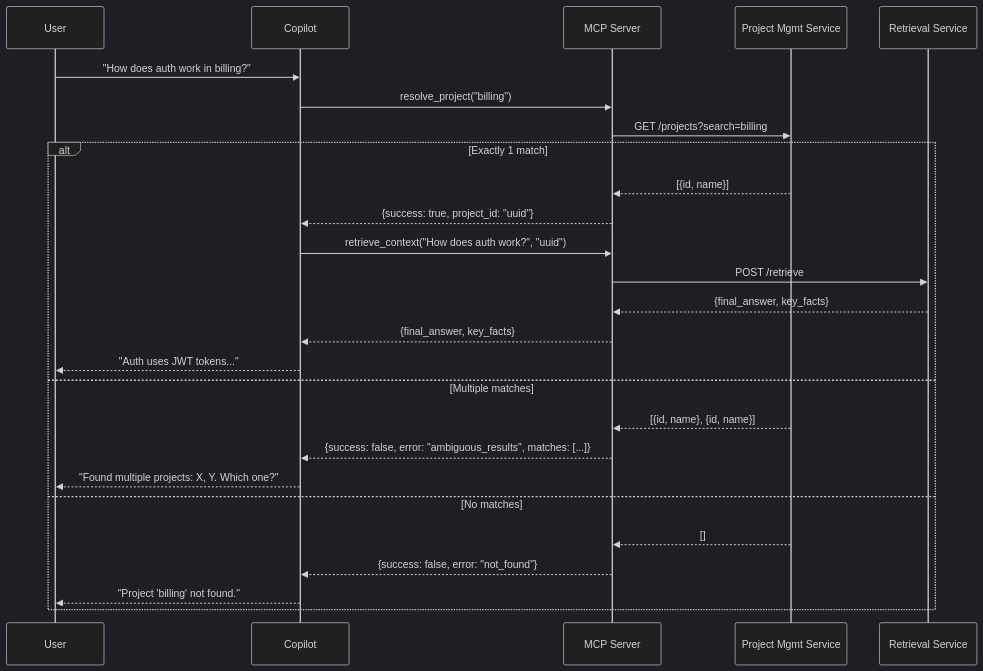
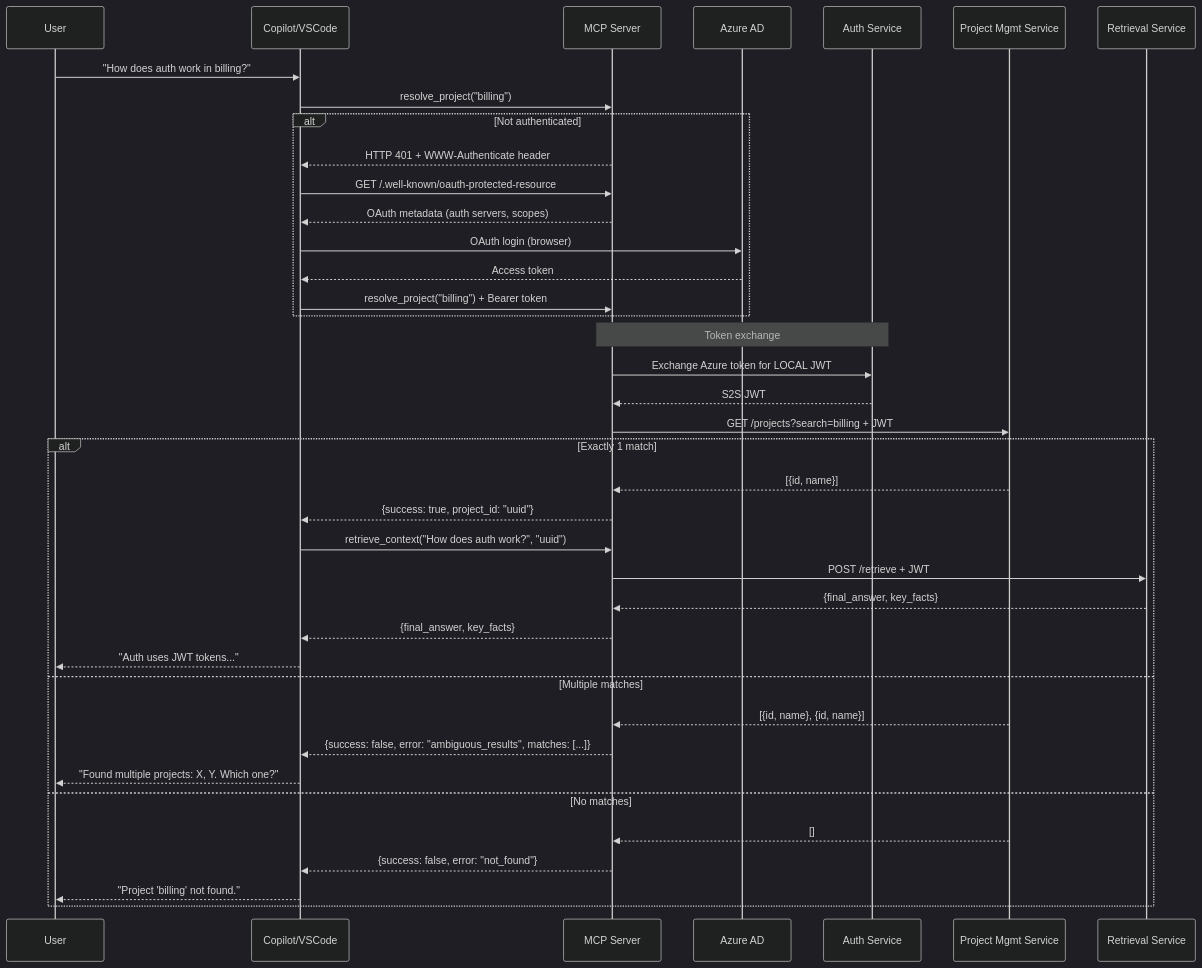
One commit to vladavilov/playground changed the fourth of 4 diagrams in git-epic-creator/services/neo4j_retrieval_mcp_server/README.md. Above: the diagram before and after it, drawn with Mermaid (dark theme). The commit also changed other lines of this file and 20 other files, not shown here.

````diff
--- a/git-epic-creator/services/neo4j_retrieval_mcp_server/README.md
+++ b/git-epic-creator/services/neo4j_retrieval_mcp_server/README.md
@@ -150,30 +337,46 @@
 ```mermaid
 sequenceDiagram
     participant U as User
-    participant C as Copilot
+    participant C as Copilot/VSCode
     participant M as MCP Server
+    participant Azure as Azure AD
+    participant A as Auth Service
     participant P as Project Mgmt Service
     participant R as Retrieval Service
 
     U->>C: "How does auth work in billing?"
     C->>M: resolve_project("billing")
-    M->>P: GET /projects?search=billing
+    
+    alt Not authenticated
+        M-->>C: HTTP 401 + WWW-Authenticate header
+        C->>M: GET /.well-known/oauth-protected-resource
+        M-->>C: OAuth metadata (auth servers, scopes)
+        C->>Azure: OAuth login (browser)
+        Azure-->>C: Access token
+        C->>M: resolve_project("billing") + Bearer token
+    end
+    
+    Note over M,A: Token exchange
+    M->>A: Exchange Azure token for LOCAL JWT
+    A-->>M: S2S JWT
+    
+    M->>P: GET /projects?search=billing + JWT
     
     alt Exactly 1 match
         P-->>M: [{id, name}]
         M-->>C: {success: true, project_id: "uuid"}
         C->>M: retrieve_context("How does auth work?", "uuid")
-        M->>R: POST /retrieve
+        M->>R: POST /retrieve + JWT
         R-->>M: {final_answer, key_facts}
         M-->>C: {final_answer, key_facts}
         C-->>U: "Auth uses JWT tokens..."
     else Multiple matches
         P-->>M: [{id, name}, {id, name}]
         M-->>C: {success: false, error: "ambiguous_results", matches: [...]}
         C-->>U: "Found multiple projects: X, Y. Which one?"
     else No matches
         P-->>M: []
         M-->>C: {success: false, error: "not_found"}
         C-->>U: "Project 'billing' not found."
     end
 ```
````
